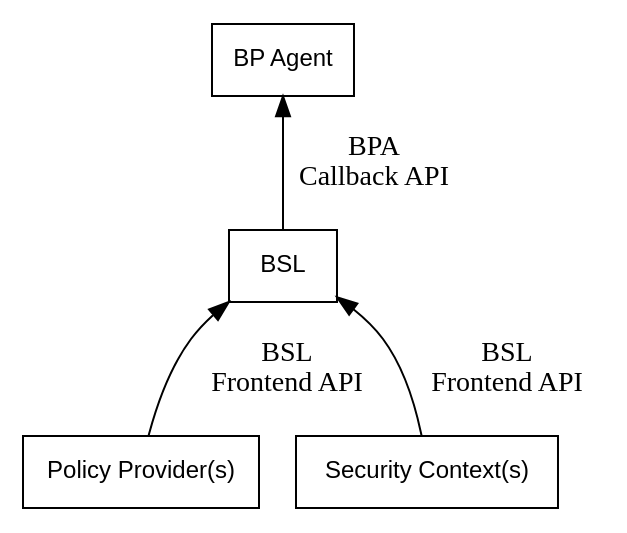
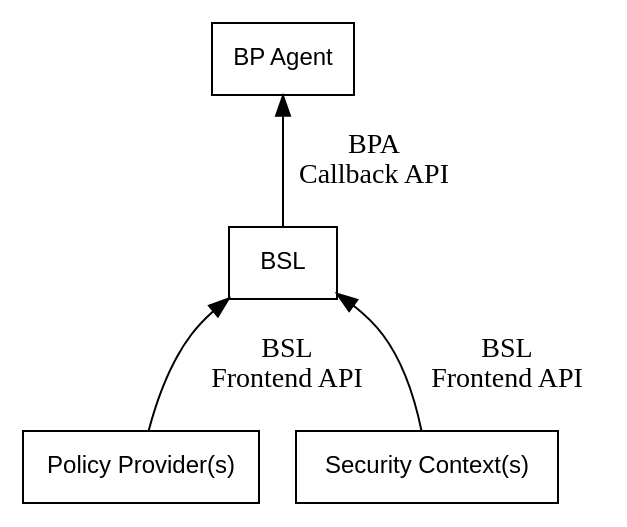
Before and after one commit to NASA-AMMOS/BSL-docs: the third of 3 diagrams in user-guide/manual.adoc, drawn with Graphviz. The commit also changed other lines of this file and 2 other files, not shown here.

```diff
--- a/user-guide/manual.adoc
+++ b/user-guide/manual.adoc
@@ -364,16 +402,16 @@
-[graphviz,format=svg,width=80mm]
+[graphviz,format=svg,width=100mm]
 ----
 digraph figure {
     rankdir=TB;
-    node [shape=record, fontname=Helvetica, fontsize=12];
+    node [shape=box, fontname=Helvetica, fontsize=12];
 
     bpa [ label="BP Agent" ];
     bsl [ label="BSL" ];
     pp [ label="Policy Provider(s)" ];
     sc [ label="Security Context(s)" ];
 
     bpa -> bsl [ label="BPA\nCallback API"; dir=back; ];
     bsl -> pp [ label="BSL\nFrontend API"; dir=back; ]
     bsl -> sc [ label="BSL\nFrontend API"; dir=back; ]
 }
 ----
```
